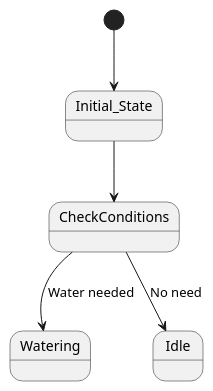
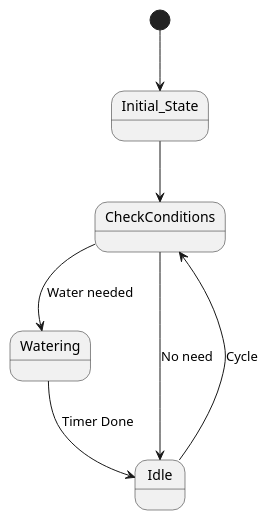
Before and after one commit to mersi940/Individual-assignment: the diagram in src/chapter_2.md, drawn with PlantUML. The commit also changed 5 other files, not shown here.

````diff
--- a/src/chapter_2.md
+++ b/src/chapter_2.md
@@ -2,13 +2,14 @@
 ```plantuml
 @startuml
 
 [*] --> Initial_State
 Initial_State--> CheckConditions
 CheckConditions--> Watering : Water needed
 CheckConditions--> Idle : No need
-
+Watering--> Idle: Timer Done
+Idle--> CheckConditions : Cycle
 
 
 @enduml
 
 ```
````
